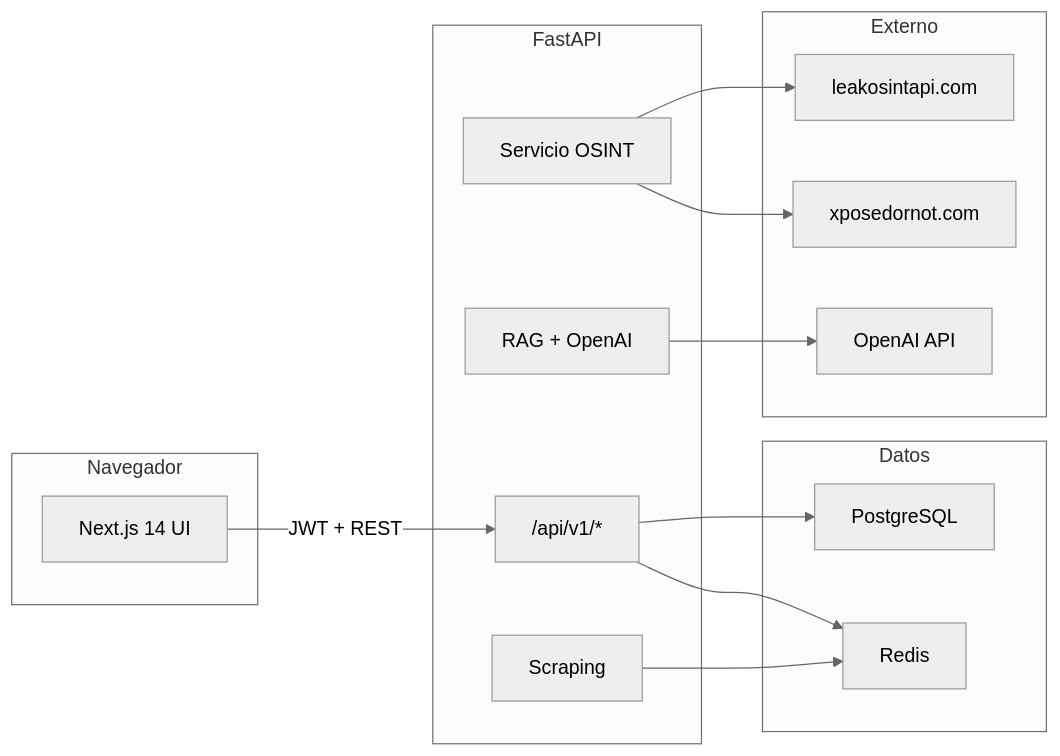
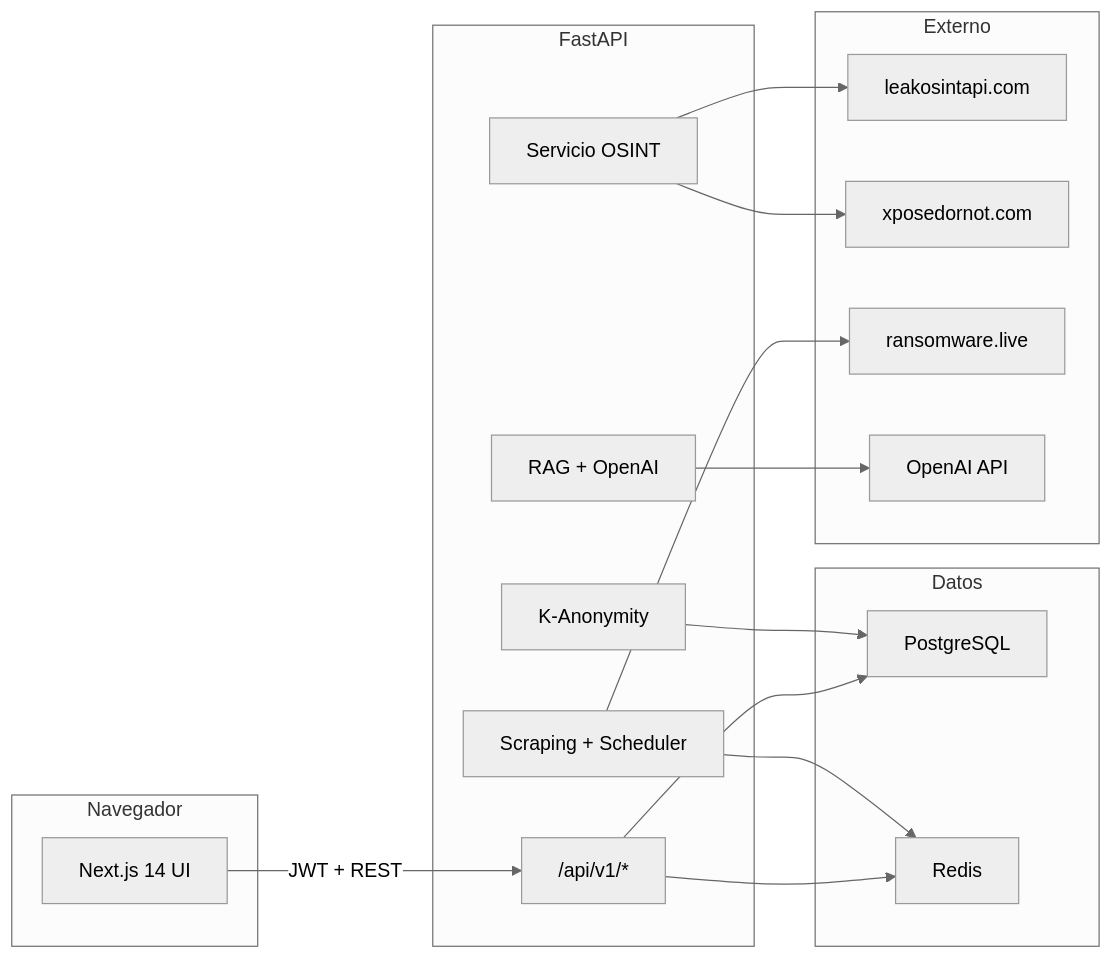
The diagram in README.md (emilio-garcia-ie/LEAKGUARD), drawn with Mermaid (neutral theme) before and after one commit. The commit also changed other lines of this file, not shown here.

````diff
--- a/README.md
+++ b/README.md
@@ -67,32 +71,36 @@
 ```mermaid
 flowchart LR
     subgraph Browser["Navegador"]
         UI["Next.js 14 UI"]
     end
 
     subgraph Backend["FastAPI"]
         API["/api/v1/*"]
         OSINT["Servicio OSINT"]
         AI["RAG + OpenAI"]
-        SCR["Scraping"]
+        SCR["Scraping + Scheduler"]
+        KA["K-Anonymity"]
     end
 
     subgraph Data["Datos"]
         PG["PostgreSQL"]
         RD["Redis"]
     end
 
     subgraph External["Externo"]
         LO["leakosintapi.com"]
         XON["xposedornot.com"]
+        RWL["ransomware.live"]
         OAI["OpenAI API"]
     end
 
     UI -->|"JWT + REST"| API
     API --> PG
     API --> RD
     OSINT --> LO
     OSINT --> XON
     AI --> OAI
+    SCR --> RWL
     SCR --> RD
+    KA --> PG
 ```
````
